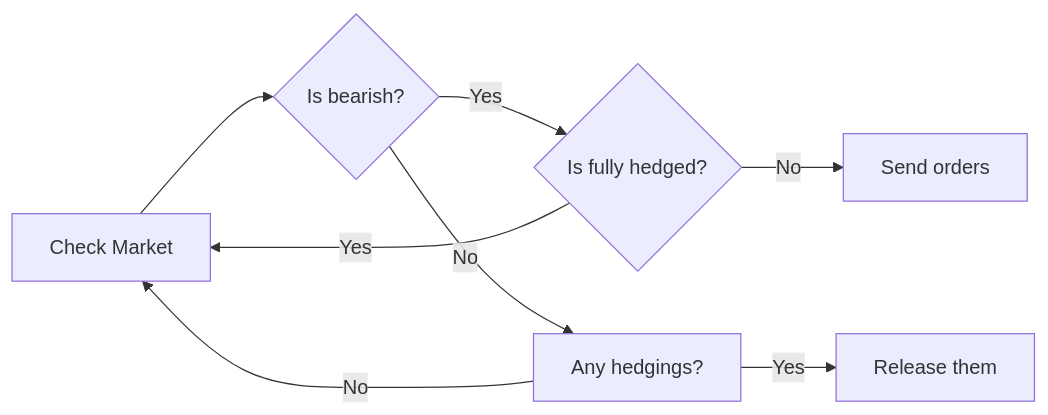
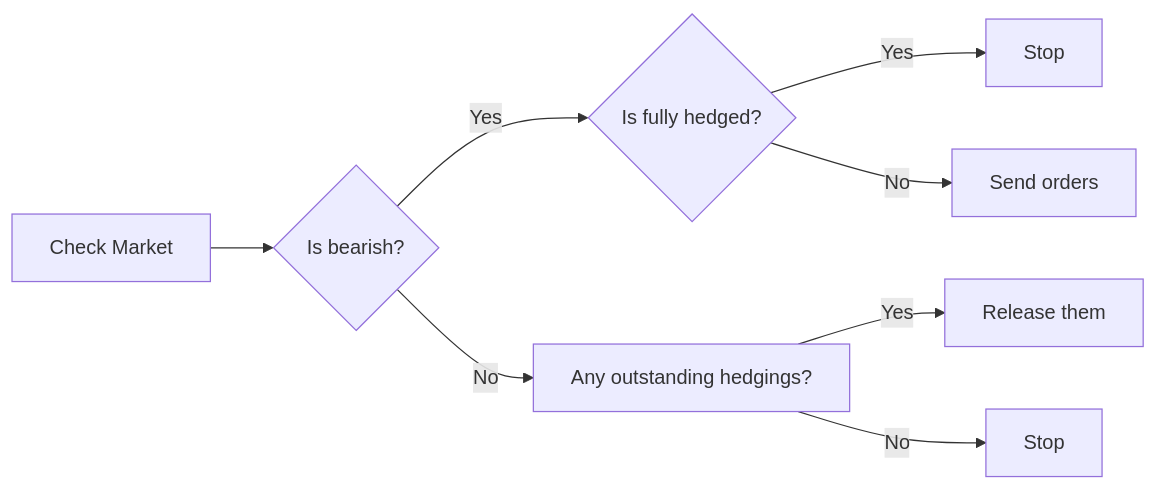
Before and after one commit to venoajie/MyApp: the first of 2 diagrams in strategy_analysis.md, drawn with Mermaid.

````diff
--- a/strategy_analysis.md
+++ b/strategy_analysis.md
@@ -14,11 +14,11 @@
 ```mermaid
 flowchart LR
 
 A[Check Market] --> B{Is bearish?}
 B -->|Yes| C{Is fully hedged?}
-C -->|Yes| A[Check Market]
+C -->|Yes| H[Stop]
 C -->|No| F[Send orders]
-B -->|No| D[Any hedgings?]
+B -->|No| D[Any outstanding hedgings?]
 D -->|Yes| E[Release them]
-D -->|No| A[Check Market]
+D -->|No| G[Stop]
 ```
````
